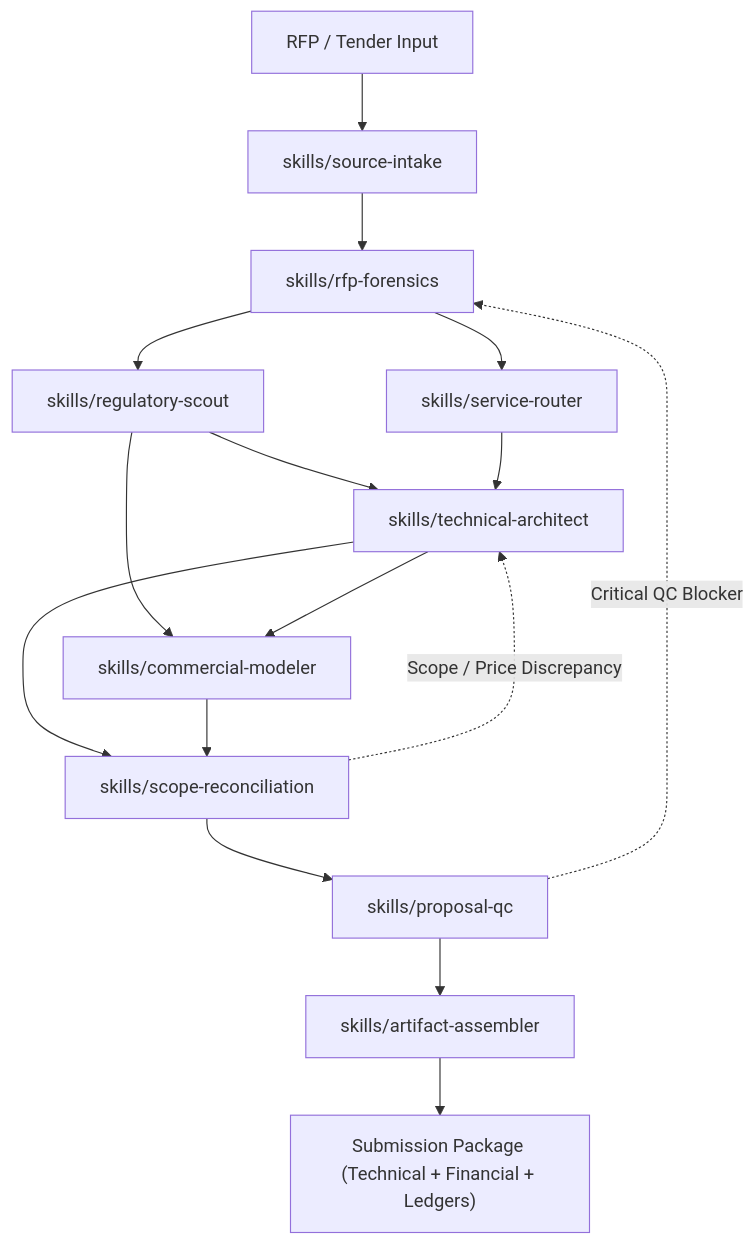
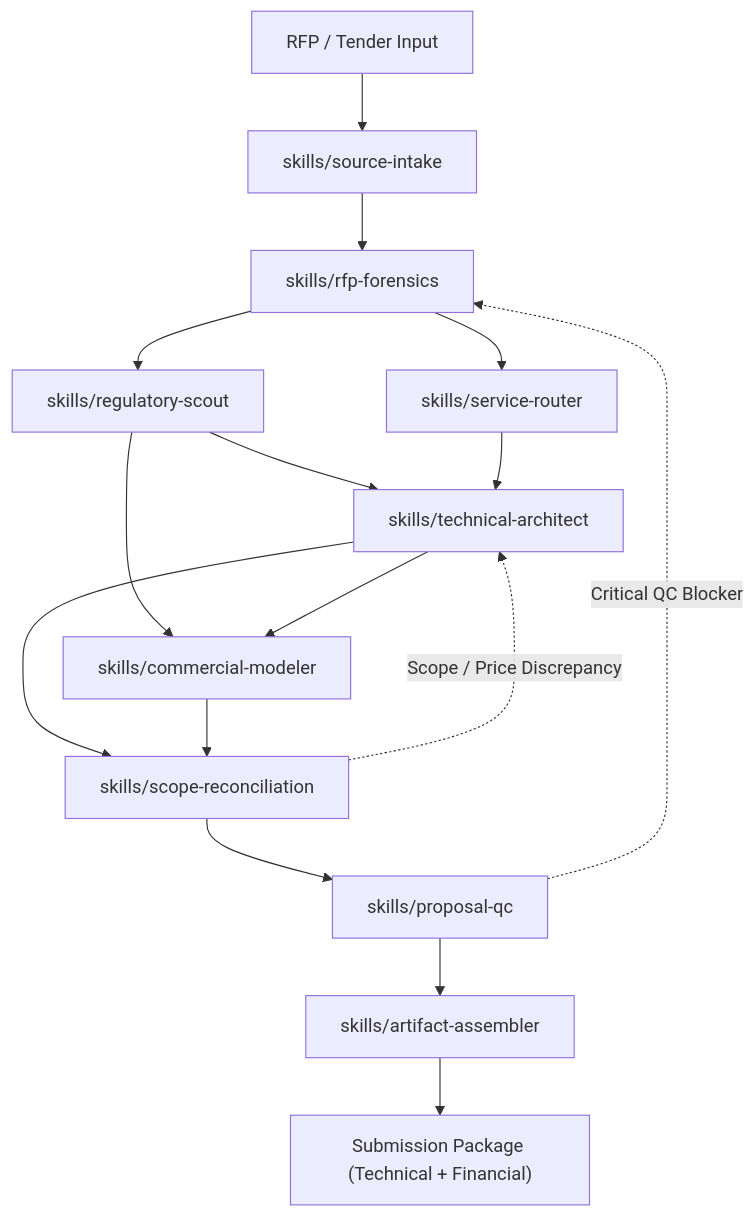
Before and after one commit to imMamdouhaboammar/saudi-marcom-proposal: the diagram in README.md, drawn with Mermaid. The commit also changed other lines of this file and 7 other files, not shown here.

Commit message:
fix(quality-gate): complete hardened release boundary, graph validation, and requirements

````diff
--- a/README.md
+++ b/README.md
@@ -9,18 +9,18 @@
 ```mermaid
 flowchart TD
     In["RFP / Tender Input"] --> S1["skills/source-intake"]
     S1 --> S2["skills/rfp-forensics"]
     S2 --> S3["skills/regulatory-scout"]
     S2 --> S4["skills/service-router"]
     S3 --> S5["skills/technical-architect"]
     S4 --> S5
     S3 --> S6["skills/commercial-modeler"]
     S5 --> S6
     S5 --> S7["skills/scope-reconciliation"]
     S6 --> S7
     S7 --> S8["skills/proposal-qc"]
     S7 -.->|"Scope / Price Discrepancy"| S5
     S8 --> S9["skills/artifact-assembler"]
     S8 -.->|"Critical QC Blocker"| S2
-    S9 --> Out["Submission Package (Technical + Financial + Ledgers)"]
+    S9 --> Out["Submission Package (Technical + Financial)"]
 ```
````
